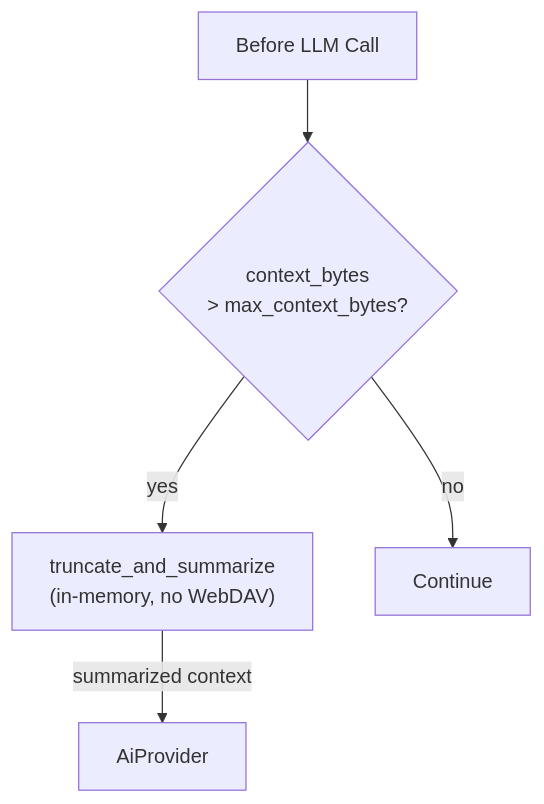
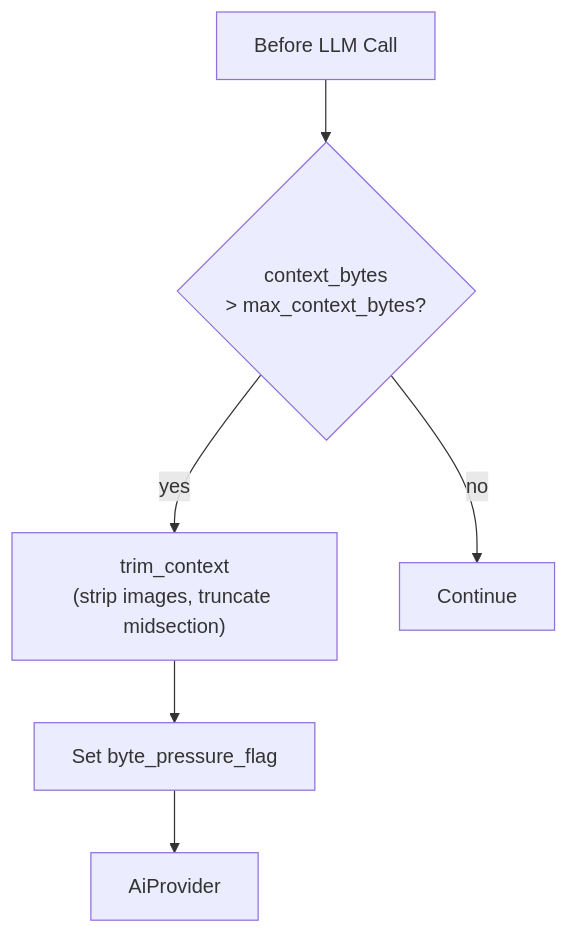
One commit to cosmoswafer/rockbot changed the fourth of 5 diagrams in _dfds/base/memory-compression.md. Above: the diagram before and after it, drawn with Mermaid. The commit also changed other lines of this file and 5 other files, not shown here.

````diff
--- a/_dfds/base/memory-compression.md
+++ b/_dfds/base/memory-compression.md
@@ -154,13 +163,15 @@
 ```mermaid
 flowchart TD
     BEFORE[Before LLM Call]
     CHECK{"context_bytes<br/>> max_context_bytes?"}
-    INLINE["truncate_and_summarize<br/>(in-memory, no WebDAV)"]
+    TRIM["trim_context<br/>(strip images, truncate midsection)"]
+    SET_FLAG["Set byte_pressure_flag"]
     AI[AiProvider]
     SKIP[Continue]
 
     BEFORE --> CHECK
-    CHECK -->|"yes"| INLINE
+    CHECK -->|"yes"| TRIM
     CHECK -->|"no"| SKIP
-    INLINE -->|"summarized context"| AI
+    TRIM --> SET_FLAG
+    SET_FLAG --> AI
 ```
````
